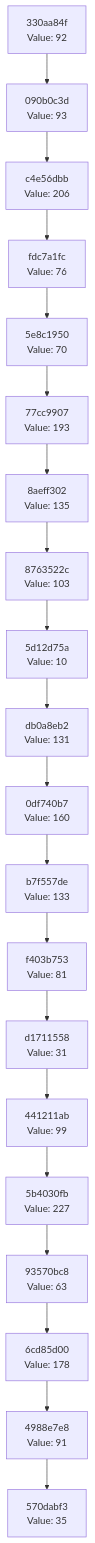
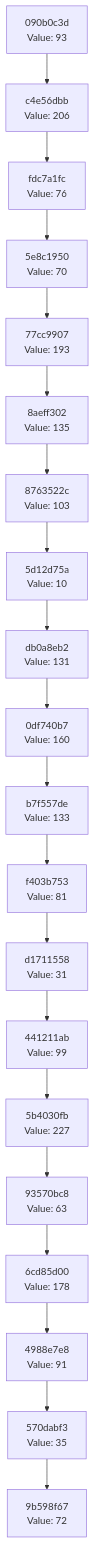
The diagram in docs/CHAIN_VISUALIZATION.md (Abhisheksinha1506/hash-chain-evolver), drawn with Mermaid before and after one commit. The commit also changed 3 other files, not shown here.

````diff
--- a/docs/CHAIN_VISUALIZATION.md
+++ b/docs/CHAIN_VISUALIZATION.md
@@ -3,42 +3,42 @@
 ```mermaid
 graph TD
-    C0["570dabf3<br/>Value: 35"]
-    C1["4988e7e8<br/>Value: 91"]
+    C0["9b598f67<br/>Value: 72"]
+    C1["570dabf3<br/>Value: 35"]
     C1 --> C0
-    C2["6cd85d00<br/>Value: 178"]
+    C2["4988e7e8<br/>Value: 91"]
     C2 --> C1
-    C3["93570bc8<br/>Value: 63"]
+    C3["6cd85d00<br/>Value: 178"]
     C3 --> C2
-    C4["5b4030fb<br/>Value: 227"]
+    C4["93570bc8<br/>Value: 63"]
     C4 --> C3
-    C5["441211ab<br/>Value: 99"]
+    C5["5b4030fb<br/>Value: 227"]
     C5 --> C4
-    C6["d1711558<br/>Value: 31"]
+    C6["441211ab<br/>Value: 99"]
     C6 --> C5
-    C7["f403b753<br/>Value: 81"]
+    C7["d1711558<br/>Value: 31"]
     C7 --> C6
-    C8["b7f557de<br/>Value: 133"]
+    C8["f403b753<br/>Value: 81"]
     C8 --> C7
-    C9["0df740b7<br/>Value: 160"]
+    C9["b7f557de<br/>Value: 133"]
     C9 --> C8
-    C10["db0a8eb2<br/>Value: 131"]
+    C10["0df740b7<br/>Value: 160"]
     C10 --> C9
-    C11["5d12d75a<br/>Value: 10"]
+    C11["db0a8eb2<br/>Value: 131"]
     C11 --> C10
-    C12["8763522c<br/>Value: 103"]
+    C12["5d12d75a<br/>Value: 10"]
     C12 --> C11
-    C13["8aeff302<br/>Value: 135"]
+    C13["8763522c<br/>Value: 103"]
     C13 --> C12
-    C14["77cc9907<br/>Value: 193"]
+    C14["8aeff302<br/>Value: 135"]
     C14 --> C13
-    C15["5e8c1950<br/>Value: 70"]
+    C15["77cc9907<br/>Value: 193"]
     C15 --> C14
-    C16["fdc7a1fc<br/>Value: 76"]
+    C16["5e8c1950<br/>Value: 70"]
     C16 --> C15
-    C17["c4e56dbb<br/>Value: 206"]
+    C17["fdc7a1fc<br/>Value: 76"]
     C17 --> C16
-    C18["090b0c3d<br/>Value: 93"]
+    C18["c4e56dbb<br/>Value: 206"]
     C18 --> C17
-    C19["330aa84f<br/>Value: 92"]
+    C19["090b0c3d<br/>Value: 93"]
     C19 --> C18
 ```
````
